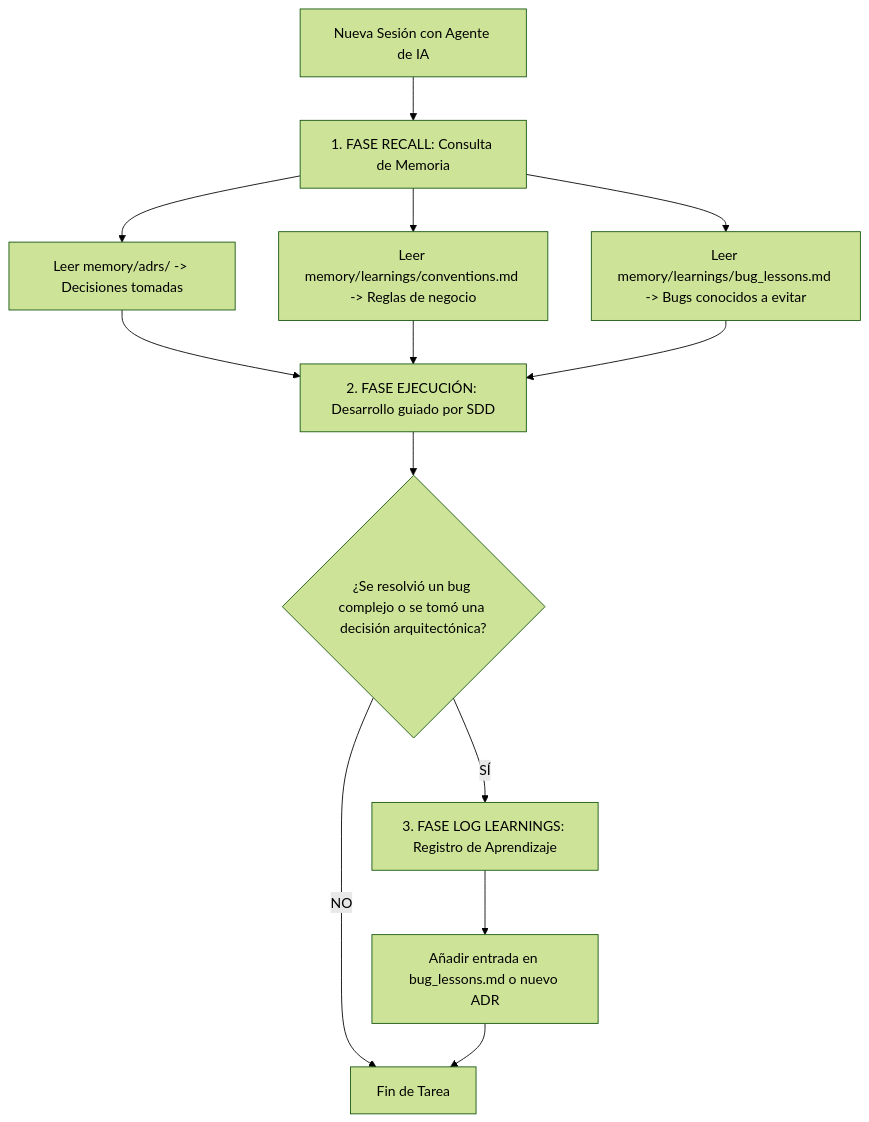
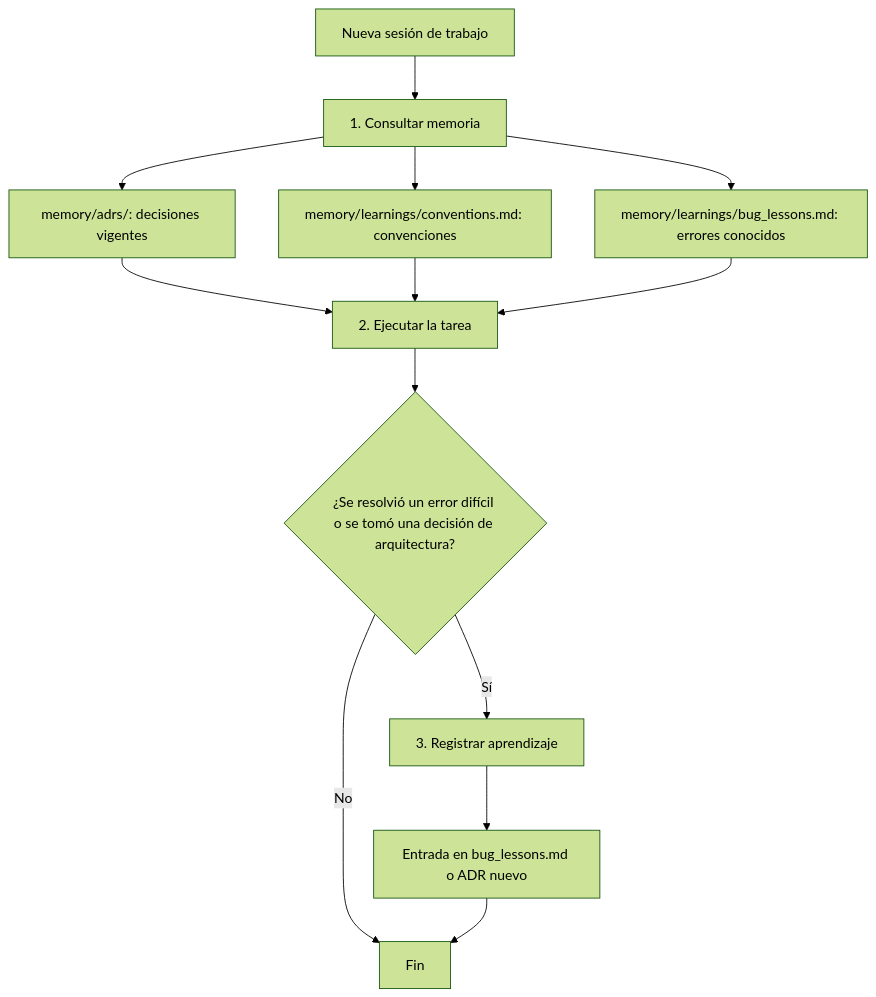
Before and after one commit to jnmontoy/sdd: the diagram in greenfield/15_protocolo_memoria_persistente_y_aprendizaje_agentes.md, drawn with Mermaid (forest theme). The commit also changed other lines of this file and 152 other files, not shown here.

````diff
--- a/greenfield/15_protocolo_memoria_persistente_y_aprendizaje_agentes.md
+++ b/greenfield/15_protocolo_memoria_persistente_y_aprendizaje_agentes.md
@@ -21,16 +21,13 @@
 ```mermaid
 flowchart TD
-    Inicio[Nueva Sesión con Agente de IA] --> Recall[1. FASE RECALL: Consulta de Memoria]
-    Recall --> R1[Leer memory/adrs/ -> Decisiones tomadas]
-    Recall --> R2[Leer memory/learnings/conventions.md -> Reglas de negocio]
-    Recall --> R3[Leer memory/learnings/bug_lessons.md -> Bugs conocidos a evitar]
-    
-    R1 & R2 & R3 --> Ejecucion[2. FASE EJECUCIÓN: Desarrollo guiado por SDD]
-    
-    Ejecucion --> Decision{¿Se resolvió un bug complejo o se tomó una decisión arquitectónica?}
-    Decision -->|SÍ| Log[3. FASE LOG LEARNINGS: Registro de Aprendizaje]
-    Decision -->|NO| Fin[Fin de Tarea]
-    
-    Log --> L1[Añadir entrada en bug_lessons.md o nuevo ADR]
+    Inicio[Nueva sesión de trabajo] --> Recall[1. Consultar memoria]
+    Recall --> R1[memory/adrs/: decisiones vigentes]
+    Recall --> R2[memory/learnings/conventions.md: convenciones]
+    Recall --> R3[memory/learnings/bug_lessons.md: errores conocidos]
+    R1 & R2 & R3 --> Ejecucion[2. Ejecutar la tarea]
+    Ejecucion --> Decision{¿Se resolvió un error difícil o se tomó una decisión de arquitectura?}
+    Decision -->|Sí| Log[3. Registrar aprendizaje]
+    Decision -->|No| Fin[Fin]
+    Log --> L1[Entrada en bug_lessons.md o ADR nuevo]
     L1 --> Fin
 ```
````
